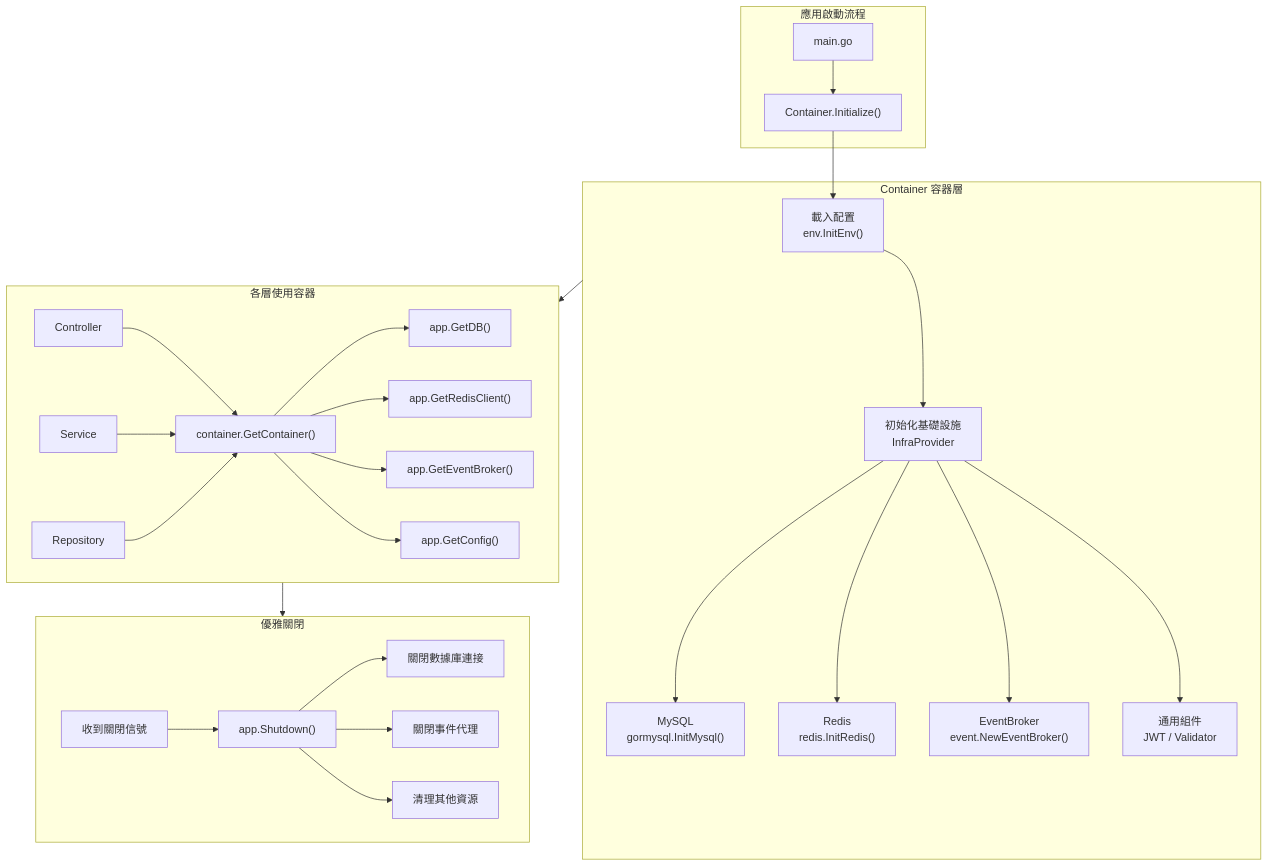
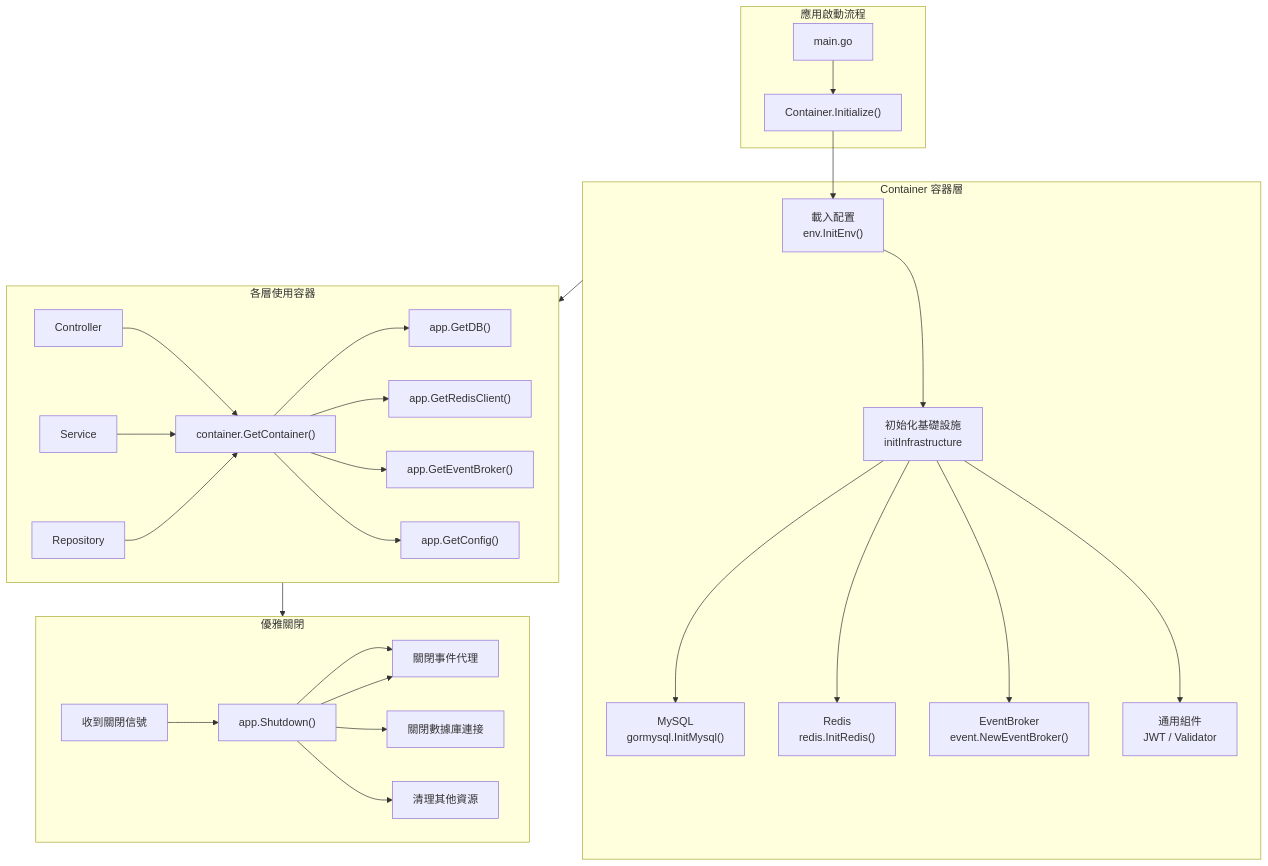
Before and after one commit to ericsiang/go-gin-arch: the fourth of 4 diagrams in README.md, drawn with Mermaid. The commit also changed other lines of this file, not shown here.

````diff
--- a/README.md
+++ b/README.md
@@ -314,38 +319,39 @@
 ``` mermaid
 graph TB
     subgraph AppStart ["應用啟動流程"]
         Main["main.go"] --> Container["Container.Initialize()"]
     end
     
     subgraph ContainerLayer ["Container 容器層"]
         Container --> ConfigLoad["載入配置<br/>env.InitEnv()"]
-        ConfigLoad --> InfraInit["初始化基礎設施<br/>InfraProvider"]
+        ConfigLoad --> InfraInit["初始化基礎設施<br/>initInfrastructure"]
         
         InfraInit --> MySQL["MySQL<br/>gormysql.InitMysql()"]
         InfraInit --> Redis["Redis<br/>redis.InitRedis()"]
         InfraInit --> EventBroker["EventBroker<br/>event.NewEventBroker()"]
         InfraInit --> Common["通用組件<br/>JWT / Validator"]
     end
     
     subgraph Usage ["各層使用容器"]
         Controller["Controller"] --> GetContainer["container.GetContainer()"]
         Service["Service"] --> GetContainer
         Repository["Repository"] --> GetContainer
         
         GetContainer --> GetDB["app.GetDB()"]
         GetContainer --> GetRedis["app.GetRedisClient()"]
         GetContainer --> GetBroker["app.GetEventBroker()"]
         GetContainer --> GetConfig["app.GetConfig()"]
     end
     
     subgraph Shutdown ["優雅關閉"]
         Signal["收到關閉信號"] --> AppShutdown["app.Shutdown()"]
+        AppShutdown --> CloseBroker["關閉 redis 連接"]
+        AppShutdown --> CloseBroker["關閉事件代理"]
         AppShutdown --> CloseDB["關閉數據庫連接"]
-        AppShutdown --> CloseBroker["關閉事件代理"]
         AppShutdown --> CleanRes["清理其他資源"]
     end
     
     ContainerLayer --> Usage
     Usage --> Shutdown
     
 ```
````
